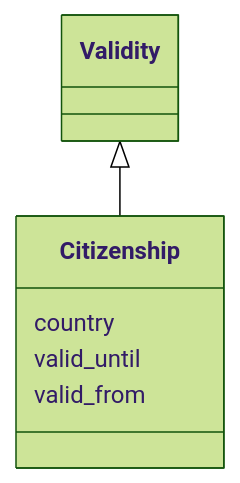
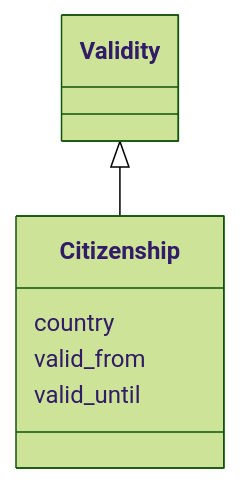
Before and after one commit to swiss/political-affairs-ech-group: the diagram in ech-0294_actors/output/docs/Citizenship.md, drawn with Mermaid (forest theme). The commit also changed other lines of this file and 35 other files, not shown here.

````diff
--- a/ech-0294_actors/output/docs/Citizenship.md
+++ b/ech-0294_actors/output/docs/Citizenship.md
@@ -13,15 +13,15 @@
 ```mermaid
  classDiagram
     class Citizenship
     click Citizenship href "../Citizenship/"
       Validity <|-- Citizenship
         click Validity href "../Validity/"
       
       Citizenship : country
         
+      Citizenship : valid_from
+        
       Citizenship : valid_until
-        
-      Citizenship : valid_from
         
       
 ```
````
